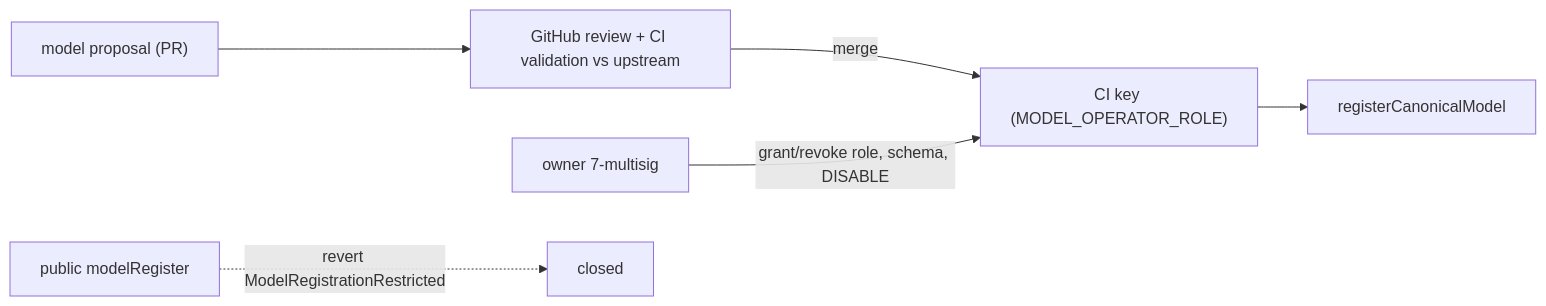
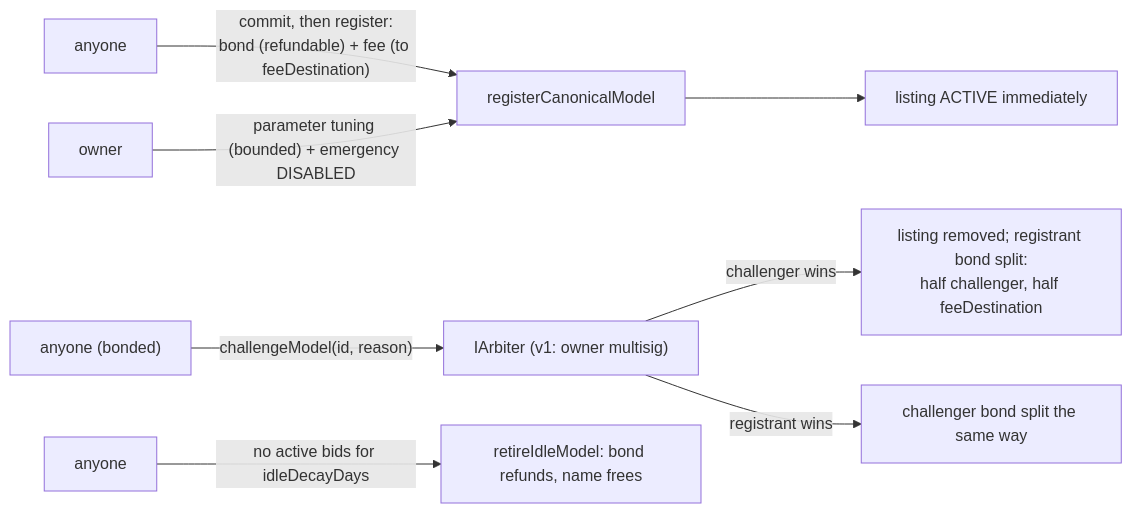
One commit to cowboycoderhq/Morpheus-Lumerin-Node changed the fourth of 18 diagrams in smart-contracts/docs/inference-contract-enhancements-rfp.md. Above: the diagram before and after it, drawn with Mermaid. The commit also changed other lines of this file and 1 other file, not shown here.

First line of the commit message:
docs: update inference contract RFP with governance and parameter changes

````diff
--- a/smart-contracts/docs/inference-contract-enhancements-rfp.md
+++ b/smart-contracts/docs/inference-contract-enhancements-rfp.md
@@ -315,8 +330,10 @@
 ```mermaid
 flowchart LR
-  PR["model proposal (PR)"] --> REV["GitHub review + CI validation vs upstream"]
-  REV -->|"merge"| CI["CI key (MODEL_OPERATOR_ROLE)"]
-  CI --> REG["registerCanonicalModel"]
-  OWN["owner 7-multisig"] -->|"grant/revoke role, schema, DISABLE"| CI
-  PUB["public modelRegister"] -.->|"revert ModelRegistrationRestricted"| X["closed"]
+  ANY["anyone"] -->|"commit, then register:<br/>bond (refundable) + fee (to feeDestination)"| REG["registerCanonicalModel"]
+  REG --> LIVE["listing ACTIVE immediately"]
+  CH["anyone (bonded)"] -->|"challengeModel(id, reason)"| ARB["IArbiter (v1: owner multisig)"]
+  ARB -->|"challenger wins"| SLASH["listing removed; registrant bond split:<br/>half challenger, half feeDestination"]
+  ARB -->|"registrant wins"| KEEP["challenger bond split the same way"]
+  IDLE["anyone"] -->|"no active bids for idleDecayDays"| RET["retireIdleModel: bond refunds, name frees"]
+  OWN["owner"] -->|"parameter tuning (bounded) + emergency DISABLED"| REG
 ```
````
